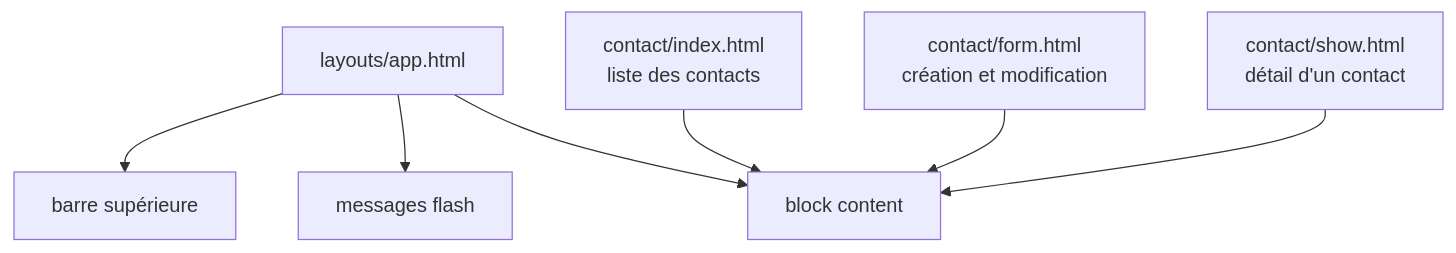
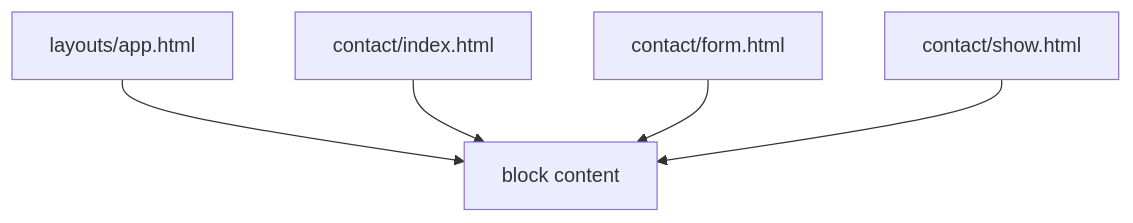
One commit to caucrogeGit/Forge changed the eighth of 9 diagrams in docs/starter-app-01-contacts.md. Above: the diagram before and after it, drawn with Mermaid. The commit also changed other lines of this file, not shown here.

````diff
--- a/docs/starter-app-01-contacts.md
+++ b/docs/starter-app-01-contacts.md
@@ -916,9 +778,7 @@
-```mermaid
-flowchart TD
-    A["layouts/app.html"] --> B["barre supérieure"]
-    A --> C["messages flash"]
-    A --> D["block content"]
-    E["contact/index.html<br/>liste des contacts"] --> D
-    F["contact/form.html<br/>création et modification"] --> D
-    G["contact/show.html<br/>détail d'un contact"] --> D
-```
+    ```mermaid
+    flowchart TD
+        A["layouts/app.html"] --> D["block content"]
+        E["contact/index.html"] --> D
+        F["contact/form.html"] --> D
+        G["contact/show.html"] --> D
+    ```
````
